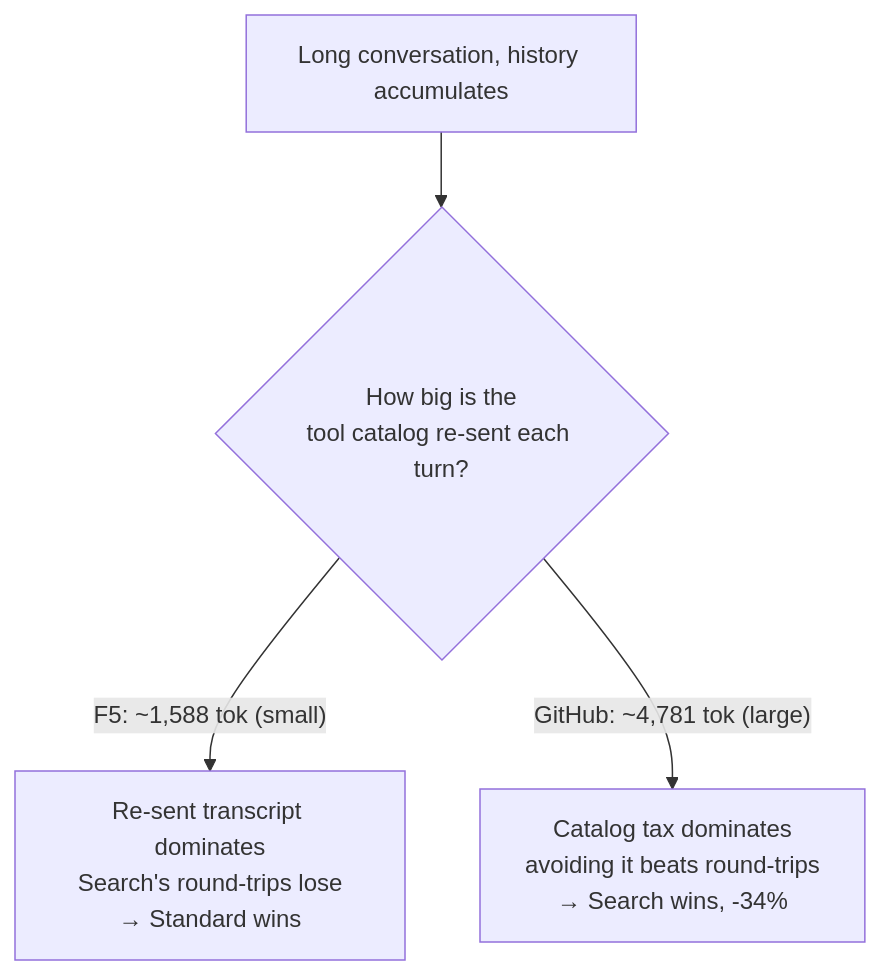
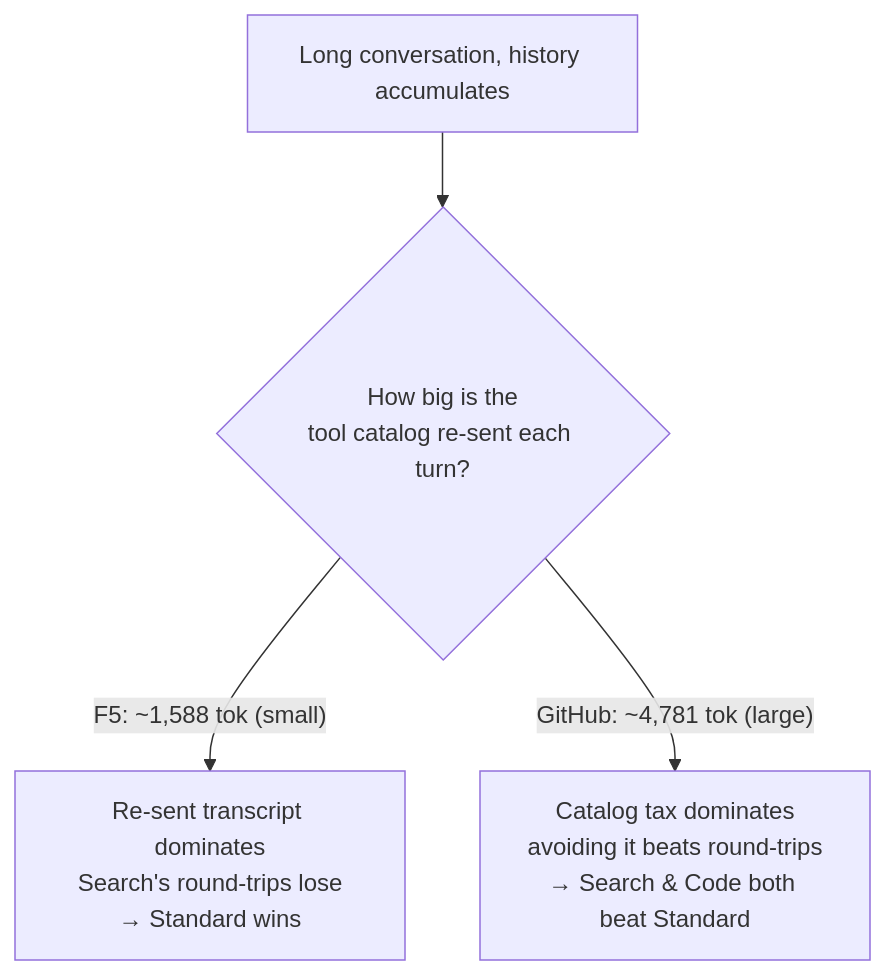
Before and after one commit to sebbycorp/agentgateway-demos: the fifth of 6 diagrams in 104-ent-github-tokenomics/README.md, drawn with Mermaid. The commit also changed other lines of this file and 2 other files, not shown here.

````diff
--- a/104-ent-github-tokenomics/README.md
+++ b/104-ent-github-tokenomics/README.md
@@ -167,6 +172,6 @@
 ```mermaid
 flowchart TD
     A[Long conversation, history accumulates] --> B{How big is the<br/>tool catalog re-sent each turn?}
     B -->|"F5: ~1,588 tok (small)"| C[Re-sent transcript dominates<br/>Search's round-trips lose<br/>→ Standard wins]
-    B -->|"GitHub: ~4,781 tok (large)"| D[Catalog tax dominates<br/>avoiding it beats round-trips<br/>→ Search wins, -34%]
+    B -->|"GitHub: ~4,781 tok (large)"| D[Catalog tax dominates<br/>avoiding it beats round-trips<br/>→ Search & Code both beat Standard]
 ```
````
